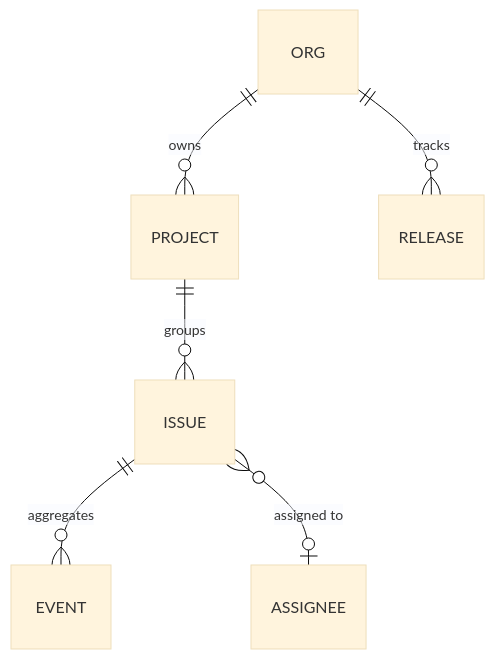
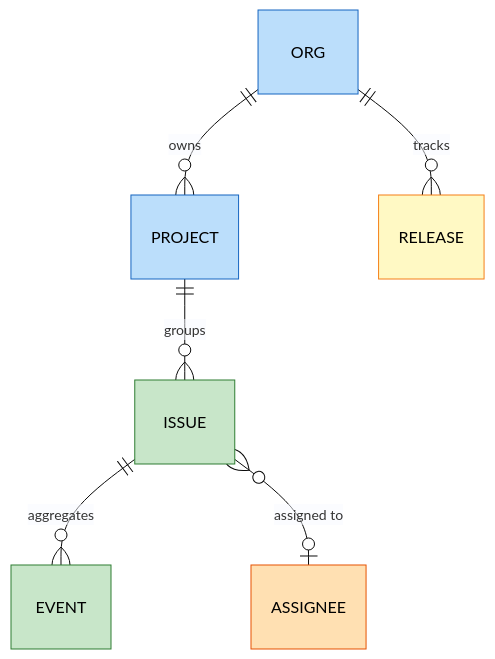
The diagram in doc/sentry.md (alephic-ai/foac), drawn with Mermaid (base theme) before and after one commit. The commit also changed 6 other files, not shown here.

````diff
--- a/doc/sentry.md
+++ b/doc/sentry.md
@@ -30,8 +30,16 @@
 ```mermaid
 erDiagram
     ORG ||--o{ PROJECT : owns
     PROJECT ||--o{ ISSUE : groups
     ISSUE ||--o{ EVENT : aggregates
     ORG ||--o{ RELEASE : tracks
     ISSUE }o--o| ASSIGNEE : "assigned to"
+    classDef scope fill:#bbdefb,stroke:#1565c0,color:#000
+    classDef work fill:#c8e6c9,stroke:#2e7d32,color:#000
+    classDef people fill:#ffe0b2,stroke:#e65100,color:#000
+    classDef release fill:#fff9c4,stroke:#f57f17,color:#000
+    class ORG,PROJECT scope
+    class ISSUE,EVENT work
+    class ASSIGNEE people
+    class RELEASE release
 ```
````
